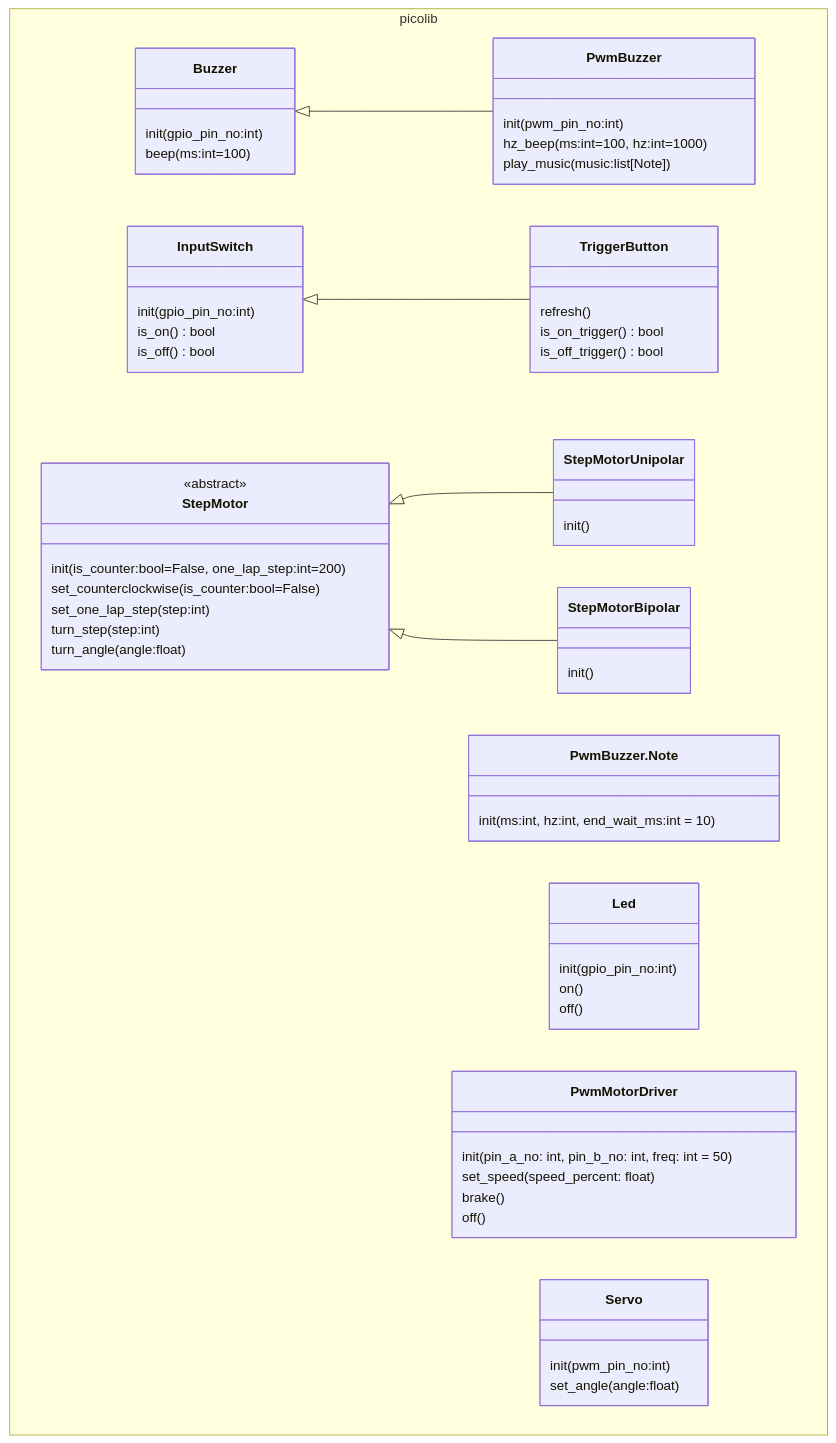
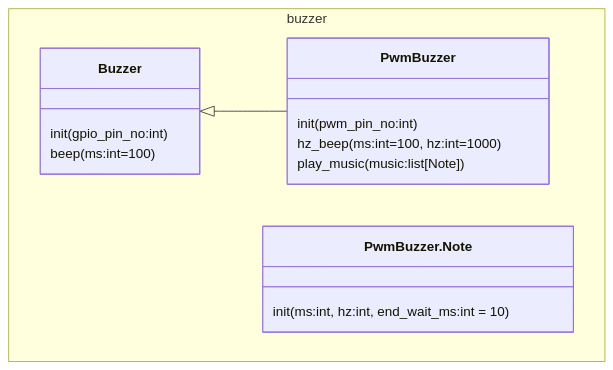
One commit to ModokiSealsky/ElectronicWork changed the second of 5 diagrams in Library/picolib/README.md. Above: the diagram before and after it, drawn with Mermaid. The commit also changed other lines of this file, not shown here.

Commit message:
ファイル統合に合わせてREADME記述を修正

````diff
--- a/Library/picolib/README.md
+++ b/Library/picolib/README.md
@@ -15,73 +63,20 @@
 ```mermaid
 classDiagram
-
-namespace picolib {
+namespace buzzer {
     class Buzzer{
         init(gpio_pin_no:int)
         beep(ms:int=100)
     }
 
     class PwmBuzzer{
         init(pwm_pin_no:int)
         hz_beep(ms:int=100, hz:int=1000)
         play_music(music:list[Note])
     }
 
     class PwmBuzzer.Note {
         init(ms:int, hz:int, end_wait_ms:int = 10)
     }
-
-    class InputSwitch{
-        init(gpio_pin_no:int)
-        is_on() bool
-        is_off() bool
-    }
-
-    class TriggerButton{
-        refresh()
-        is_on_trigger() bool
-        is_off_trigger() bool
-    }
-
-    class Led{
-        init(gpio_pin_no:int)
-        on()
-        off()
-    }
-
-    class PwmMotorDriver{
-        init(pin_a_no: int, pin_b_no: int, freq: int = 50)
-        set_speed(speed_percent: float)
-        brake()
-        off()
-    }
-
-    class Servo{
-        init(pwm_pin_no:int)
-        set_angle(angle:float)
-    }
-
-    class StepMotor{
-        <<abstract>>
-        init(is_counter:bool=False, one_lap_step:int=200)
-        set_counterclockwise(is_counter:bool=False)
-        set_one_lap_step(step:int)
-        turn_step(step:int)
-        turn_angle(angle:float)
-    }
-
-    class StepMotorUnipolar{
-        init()
-    }
-
-    class StepMotorBipolar{
-        init()
-    }
 }
-
 Buzzer <|-- PwmBuzzer
-InputSwitch <|-- TriggerButton
-StepMotor <|-- StepMotorUnipolar
-StepMotor <|-- StepMotorBipolar
-
 ```
````
